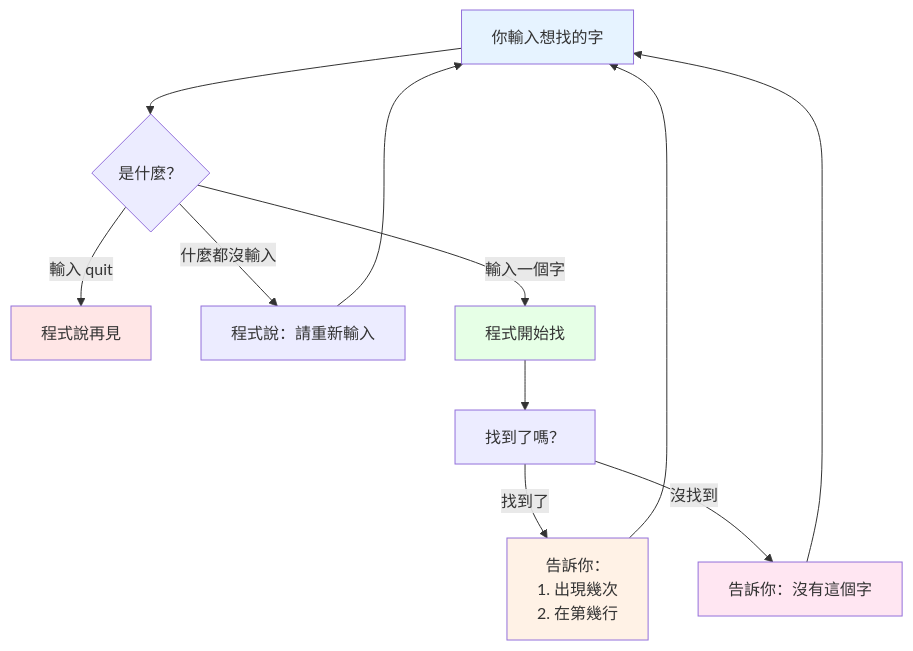
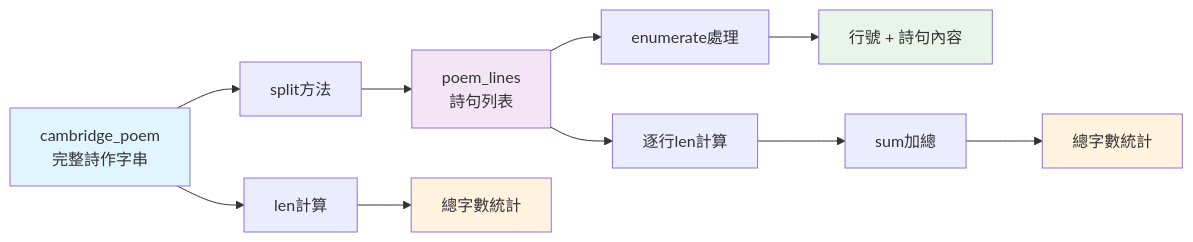
The second of 6 diagrams in week_09/詩韻程式架構圖.md (pppeee861005/python-learning-garden), drawn with Mermaid before and after one commit. The commit also changed other lines of this file and 49 other files, not shown here.

````diff
--- a/week_09/詩韻程式架構圖.md
+++ b/week_09/詩韻程式架構圖.md
@@ -30,21 +29,20 @@
 ```mermaid
-graph TD
-    A[你輸入想找的字] --> B{是什麼？}
-    B -->|輸入 quit| C[程式說再見]
-    B -->|什麼都沒輸入| D[程式說：請重新輸入]
-    B -->|輸入一個字| E[程式開始找]
+graph LR
+    A[cambridge_poem<br/>完整詩作字串] --> B[split方法]
+    B --> C[poem_lines<br/>詩句列表]
+    C --> D[enumerate處理]
+    D --> E[行號 + 詩句內容]
     
-    D --> A
-    E --> F[找到了嗎？]
-    F -->|找到了| G[告訴你：<br/>1. 出現幾次<br/>2. 在第幾行]
-    F -->|沒找到| H[告訴你：沒有這個字]
+    A --> F[len計算]
+    F --> G[總字數統計]
     
-    G --> A
-    H --> A
+    C --> H[逐行len計算]
+    H --> I[sum加總]
+    I --> J[總字數統計]
     
-    style A fill:#e6f3ff
-    style C fill:#ffe6e6
-    style E fill:#e6ffe6
-    style G fill:#fff2e6
-    style H fill:#ffe6f2
+    style A fill:#e1f5fe
+    style C fill:#f3e5f5
+    style E fill:#e8f5e8
+    style G fill:#fff3e0
+    style J fill:#fff3e0
 ```
````
